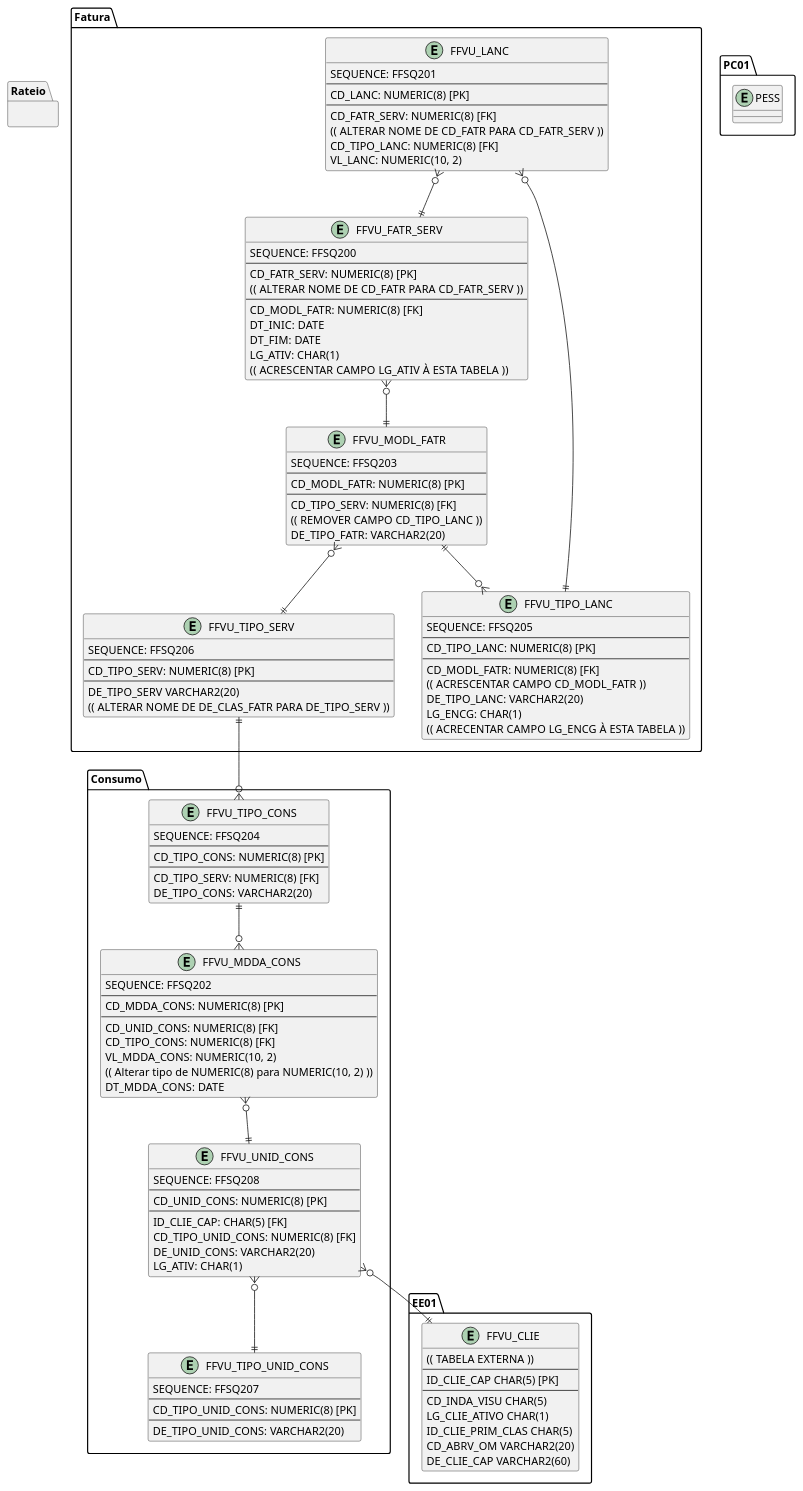
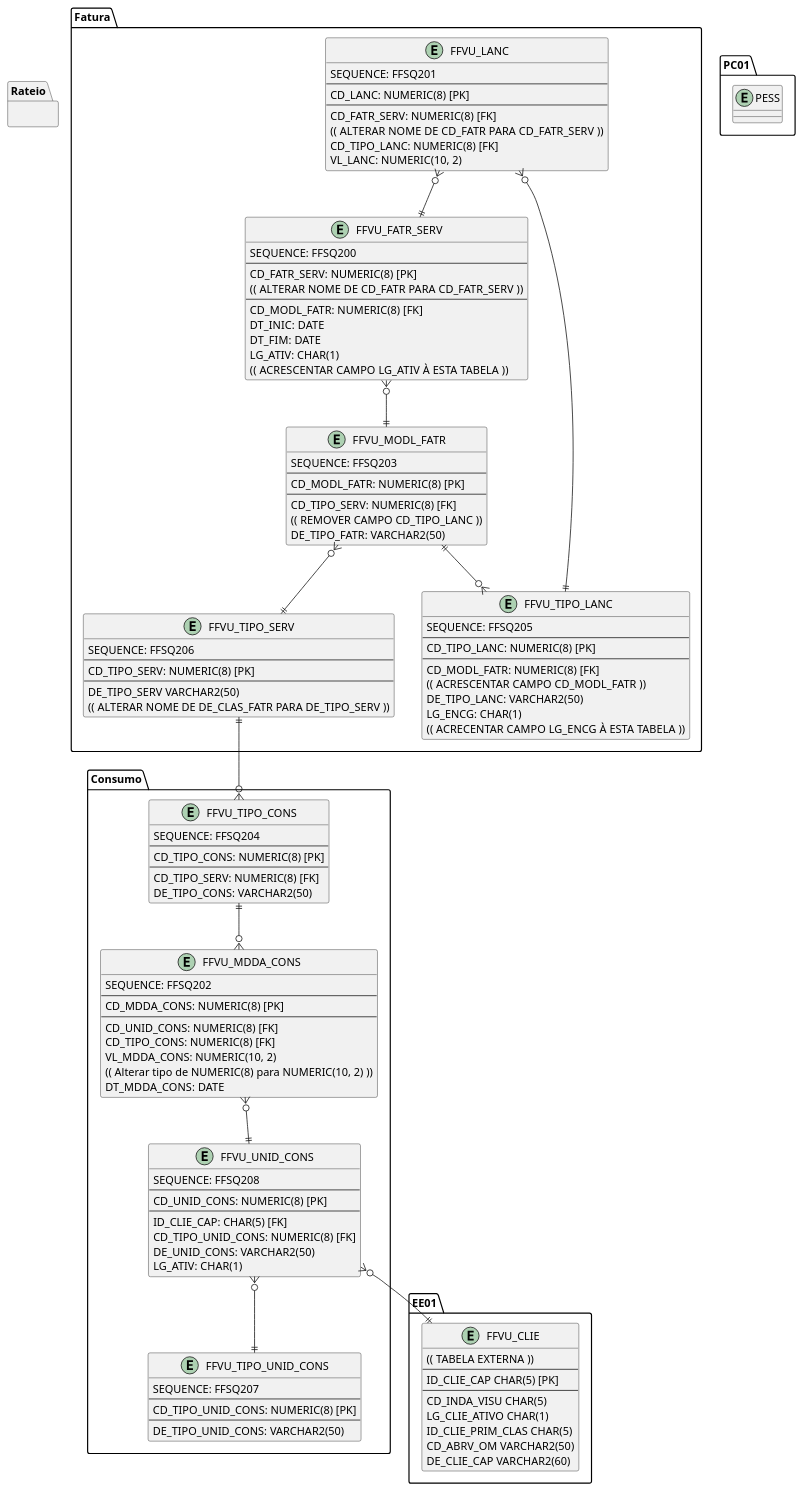
Before and after one commit to adilsonoj/ff02: the diagram in docs/MER.wsd, drawn with PlantUML.

```diff
--- a/docs/MER.wsd
+++ b/docs/MER.wsd
@@ -1,146 +1,146 @@
 @startuml
 
 package Fatura {
 
     entity FFVU_LANC {
         SEQUENCE: FFSQ201
         ---
         CD_LANC: NUMERIC(8) [PK]
         --
         CD_FATR_SERV: NUMERIC(8) [FK]
         (( ALTERAR NOME DE CD_FATR PARA CD_FATR_SERV ))
         CD_TIPO_LANC: NUMERIC(8) [FK]
         VL_LANC: NUMERIC(10, 2) 
     }
 
     entity FFVU_FATR_SERV {
         SEQUENCE: FFSQ200
         ---
         CD_FATR_SERV: NUMERIC(8) [PK]
         (( ALTERAR NOME DE CD_FATR PARA CD_FATR_SERV ))
         --
         CD_MODL_FATR: NUMERIC(8) [FK]
         DT_INIC: DATE
         DT_FIM: DATE
         LG_ATIV: CHAR(1)
         (( ACRESCENTAR CAMPO LG_ATIV À ESTA TABELA ))
     }
 
     entity FFVU_MODL_FATR {
         SEQUENCE: FFSQ203
         ---
         CD_MODL_FATR: NUMERIC(8) [PK]
         --
         CD_TIPO_SERV: NUMERIC(8) [FK]
         (( REMOVER CAMPO CD_TIPO_LANC ))
-        DE_TIPO_FATR: VARCHAR2(20)
+        DE_TIPO_FATR: VARCHAR2(50)
     }
 
     entity FFVU_TIPO_LANC {
         SEQUENCE: FFSQ205
         ---
         CD_TIPO_LANC: NUMERIC(8) [PK]
         --
         CD_MODL_FATR: NUMERIC(8) [FK]
         (( ACRESCENTAR CAMPO CD_MODL_FATR ))
-        DE_TIPO_LANC: VARCHAR2(20)
+        DE_TIPO_LANC: VARCHAR2(50)
         LG_ENCG: CHAR(1)
         (( ACRECENTAR CAMPO LG_ENCG À ESTA TABELA ))
     }
 
     entity FFVU_TIPO_SERV {
         SEQUENCE: FFSQ206
         ---
         CD_TIPO_SERV: NUMERIC(8) [PK]
         --
-        DE_TIPO_SERV VARCHAR2(20)
+        DE_TIPO_SERV VARCHAR2(50)
         (( ALTERAR NOME DE DE_CLAS_FATR PARA DE_TIPO_SERV ))
     }
 
 }
 
 package Consumo {
 
     entity FFVU_TIPO_CONS {
         SEQUENCE: FFSQ204
         ---
         CD_TIPO_CONS: NUMERIC(8) [PK]
         --
         CD_TIPO_SERV: NUMERIC(8) [FK]
-        DE_TIPO_CONS: VARCHAR2(20)
+        DE_TIPO_CONS: VARCHAR2(50)
     }
 
     entity FFVU_MDDA_CONS  {
         SEQUENCE: FFSQ202
         ---
         CD_MDDA_CONS: NUMERIC(8) [PK]
         ---
         CD_UNID_CONS: NUMERIC(8) [FK]
         CD_TIPO_CONS: NUMERIC(8) [FK]
         VL_MDDA_CONS: NUMERIC(10, 2)
         (( Alterar tipo de NUMERIC(8) para NUMERIC(10, 2) ))
         DT_MDDA_CONS: DATE
     }
 
     entity FFVU_UNID_CONS {
         SEQUENCE: FFSQ208
         ---
         CD_UNID_CONS: NUMERIC(8) [PK]
         ---
         ID_CLIE_CAP: CHAR(5) [FK]
         CD_TIPO_UNID_CONS: NUMERIC(8) [FK]
-        DE_UNID_CONS: VARCHAR2(20)
+        DE_UNID_CONS: VARCHAR2(50)
         LG_ATIV: CHAR(1)
     }
 
     entity FFVU_TIPO_UNID_CONS {
         SEQUENCE: FFSQ207
         ---
         CD_TIPO_UNID_CONS: NUMERIC(8) [PK]
         ---
-        DE_TIPO_UNID_CONS: VARCHAR2(20)
+        DE_TIPO_UNID_CONS: VARCHAR2(50)
     }
 
 }
 
 package EE01{
 
     entity FFVU_CLIE {
         (( TABELA EXTERNA ))
         ---
         ID_CLIE_CAP CHAR(5) [PK]
         --
         CD_INDA_VISU CHAR(5)
         LG_CLIE_ATIVO CHAR(1)
         ID_CLIE_PRIM_CLAS CHAR(5)
-        CD_ABRV_OM VARCHAR2(20)
+        CD_ABRV_OM VARCHAR2(50)
         DE_CLIE_CAP VARCHAR2(60)
     }
 
 }
 
 package Rateio{
 
 }
 
 package PC01{
 
     entity PESS{
     }
     
 }
 
 'RELACIONAMENTOS
 
 FFVU_LANC }o--|| FFVU_FATR_SERV
 FFVU_LANC }o--|| FFVU_TIPO_LANC
 FFVU_FATR_SERV }o--|| FFVU_MODL_FATR
 FFVU_MODL_FATR }o--|| FFVU_TIPO_SERV
 FFVU_TIPO_SERV ||--o{ FFVU_TIPO_CONS
 FFVU_TIPO_CONS ||--o{ FFVU_MDDA_CONS
 FFVU_MDDA_CONS }o--|| FFVU_UNID_CONS
 FFVU_UNID_CONS }o--|| FFVU_TIPO_UNID_CONS
 FFVU_UNID_CONS }o--|| FFVU_CLIE
 FFVU_MODL_FATR ||--o{ FFVU_TIPO_LANC
 
 @enduml
```
